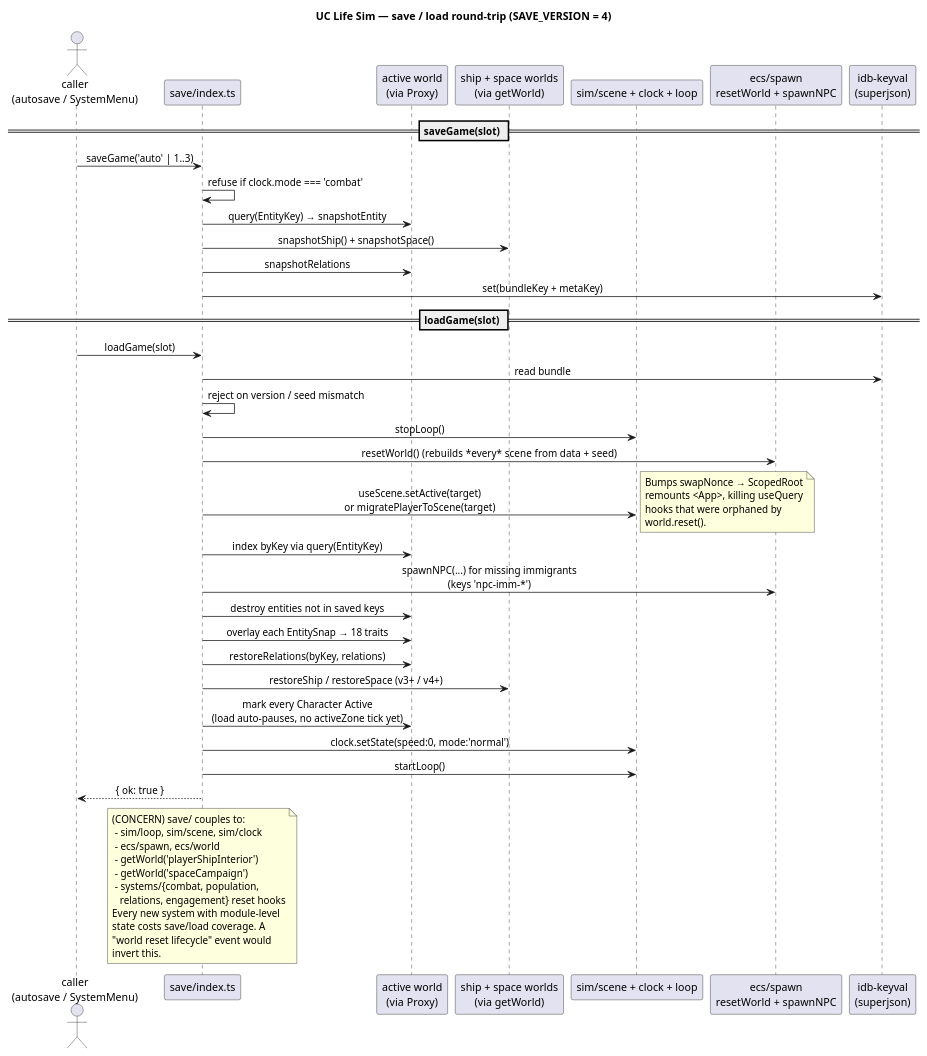
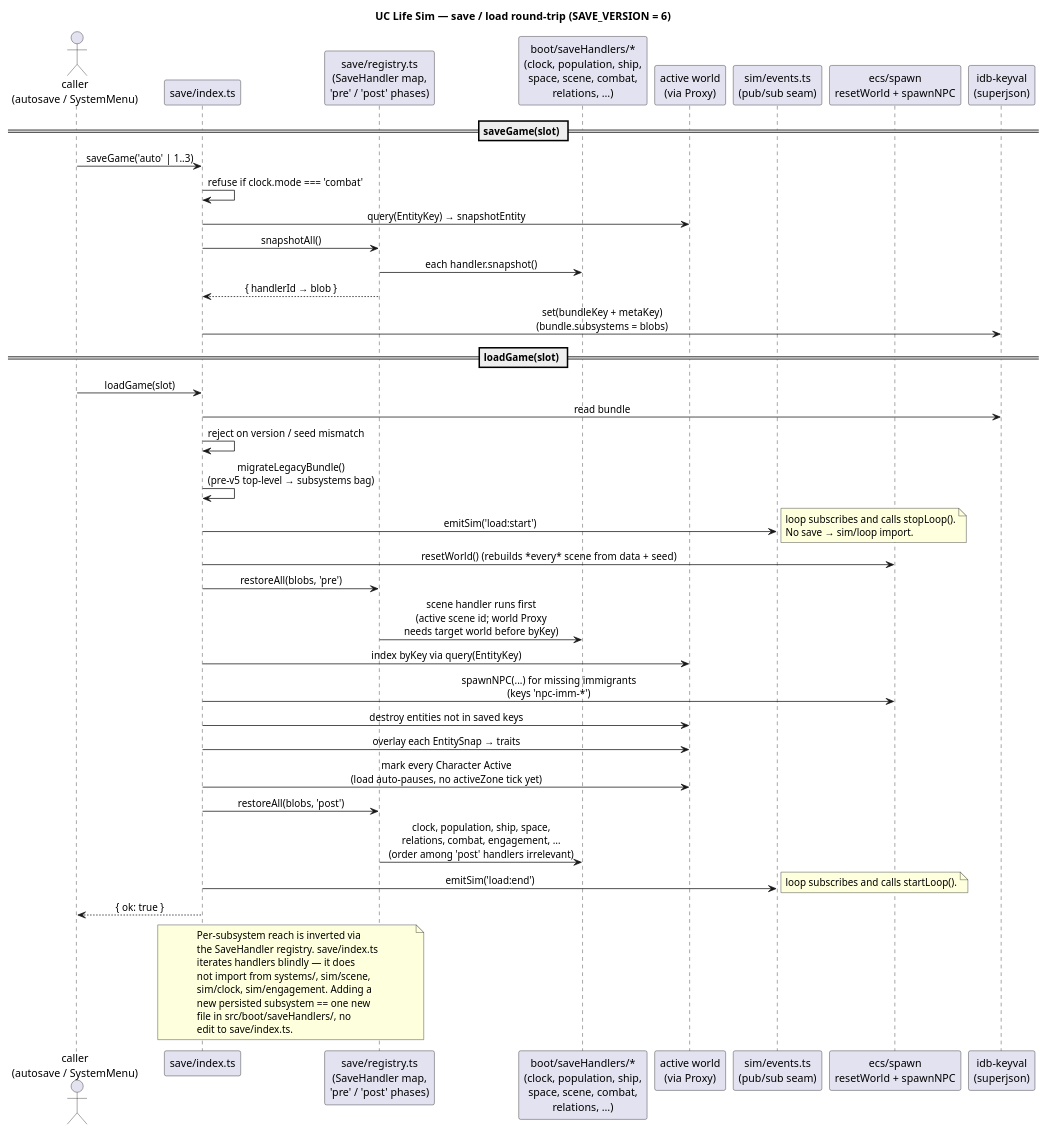
The diagram in arch/current/004_save_load_roundtrip.puml (Leo927/UCLife), drawn with PlantUML before and after one commit. The commit also changed 5 other files, not shown here.

First line of the commit message:
docs(arch): refresh architecture.md to match HEAD; drop stale CONCERN notes

```diff
--- a/arch/current/004_save_load_roundtrip.puml
+++ b/arch/current/004_save_load_roundtrip.puml
@@ -1,64 +1,65 @@
 @startuml current_004_save_load_roundtrip
-title UC Life Sim — save / load round-trip (SAVE_VERSION = 4)
+title UC Life Sim — save / load round-trip (SAVE_VERSION = 6)
 
 skinparam shadowing false
 skinparam sequenceMessageAlign center
 skinparam defaultFontName "Inter, sans-serif"
 
 actor "caller\n(autosave / SystemMenu)" as C
 participant "save/index.ts" as SV
+participant "save/registry.ts\n(SaveHandler map,\n'pre' / 'post' phases)" as REG
+participant "boot/saveHandlers/*\n(clock, population, ship,\nspace, scene, combat,\nrelations, …)" as HND
 participant "active world\n(via Proxy)" as W
-participant "ship + space worlds\n(via getWorld)" as WX
-participant "sim/scene + clock + loop" as SIM
+participant "sim/events.ts\n(pub/sub seam)" as EV
 participant "ecs/spawn\nresetWorld + spawnNPC" as SPAWN
 participant "idb-keyval\n(superjson)" as IDB
 
 == saveGame(slot) ==
 
 C -> SV : saveGame('auto' | 1..3)
 SV -> SV : refuse if clock.mode === 'combat'
 SV -> W  : query(EntityKey) → snapshotEntity
-SV -> WX : snapshotShip() + snapshotSpace()
-SV -> W  : snapshotRelations
-SV -> IDB : set(bundleKey + metaKey)
+SV -> REG : snapshotAll()
+REG -> HND : each handler.snapshot()
+REG --> SV : { handlerId → blob }
+SV -> IDB : set(bundleKey + metaKey)\n(bundle.subsystems = blobs)
 
 == loadGame(slot) ==
 
 C -> SV : loadGame(slot)
 SV -> IDB : read bundle
 SV -> SV : reject on version / seed mismatch
-SV -> SIM : stopLoop()
+SV -> SV : migrateLegacyBundle()\n(pre-v5 top-level → subsystems bag)
+SV -> EV : emitSim('load:start')
+note right
+  loop subscribes and calls stopLoop().
+  No save → sim/loop import.
+end note
 SV -> SPAWN : resetWorld()  (rebuilds *every* scene from data + seed)
-SV -> SIM : useScene.setActive(target)\nor migratePlayerToScene(target)
-note right
-  Bumps swapNonce → ScopedRoot
-  remounts <App>, killing useQuery
-  hooks that were orphaned by
-  world.reset().
-end note
+SV -> REG : restoreAll(blobs, 'pre')
+REG -> HND : scene handler runs first\n(active scene id; world Proxy\nneeds target world before byKey)
 SV -> W  : index byKey via query(EntityKey)
 SV -> SPAWN : spawnNPC(...) for missing immigrants\n(keys 'npc-imm-*')
 SV -> W  : destroy entities not in saved keys
-SV -> W  : overlay each EntitySnap → 18 traits
-SV -> W  : restoreRelations(byKey, relations)
-SV -> WX : restoreShip / restoreSpace (v3+ / v4+)
+SV -> W  : overlay each EntitySnap → traits
 SV -> W  : mark every Character Active\n(load auto-pauses, no activeZone tick yet)
-SV -> SIM : clock.setState(speed:0, mode:'normal')
-SV -> SIM : startLoop()
+SV -> REG : restoreAll(blobs, 'post')
+REG -> HND : clock, population, ship, space,\nrelations, combat, engagement, …\n(order among 'post' handlers irrelevant)
+SV -> EV : emitSim('load:end')
+note right
+  loop subscribes and calls startLoop().
+end note
 SV --> C  : { ok: true }
 
-note over SV
-  (CONCERN) save/ couples to:
-   - sim/loop, sim/scene, sim/clock
-   - ecs/spawn, ecs/world
-   - getWorld('playerShipInterior')
-   - getWorld('spaceCampaign')
-   - systems/{combat, population,
-     relations, engagement} reset hooks
-  Every new system with module-level
-  state costs save/load coverage. A
-  "world reset lifecycle" event would
-  invert this.
+note over SV, REG
+  Per-subsystem reach is inverted via
+  the SaveHandler registry. save/index.ts
+  iterates handlers blindly — it does
+  not import from systems/, sim/scene,
+  sim/clock, sim/engagement. Adding a
+  new persisted subsystem == one new
+  file in src/boot/saveHandlers/, no
+  edit to save/index.ts.
 end note
 
 @enduml
```
